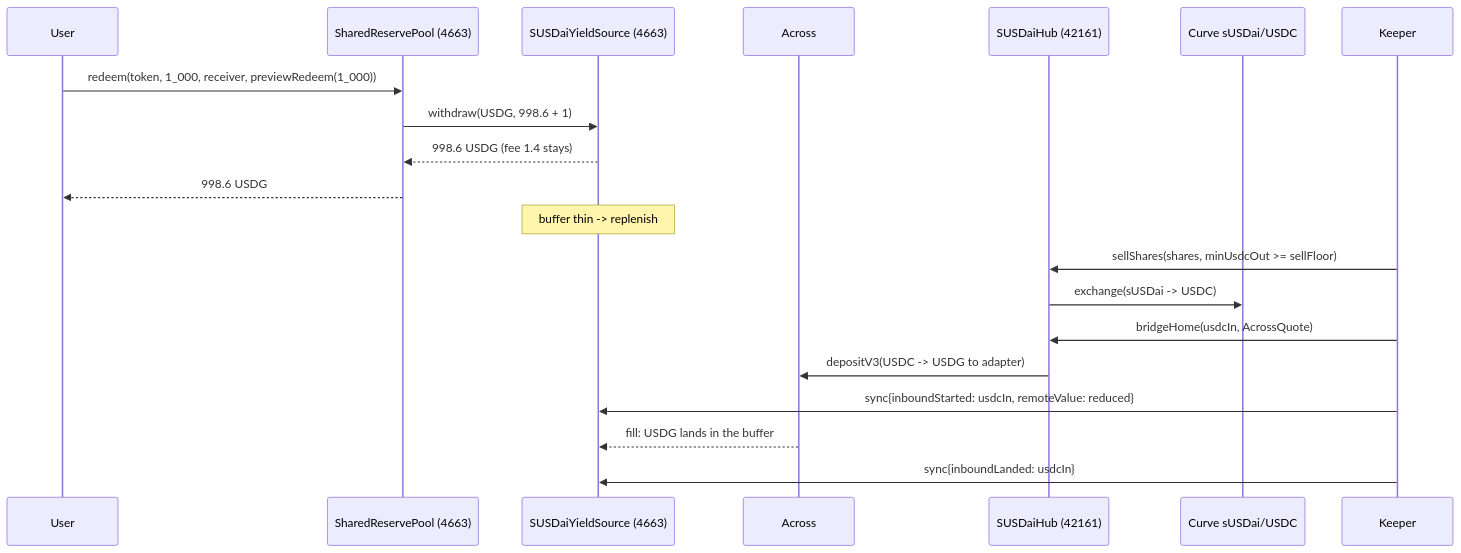
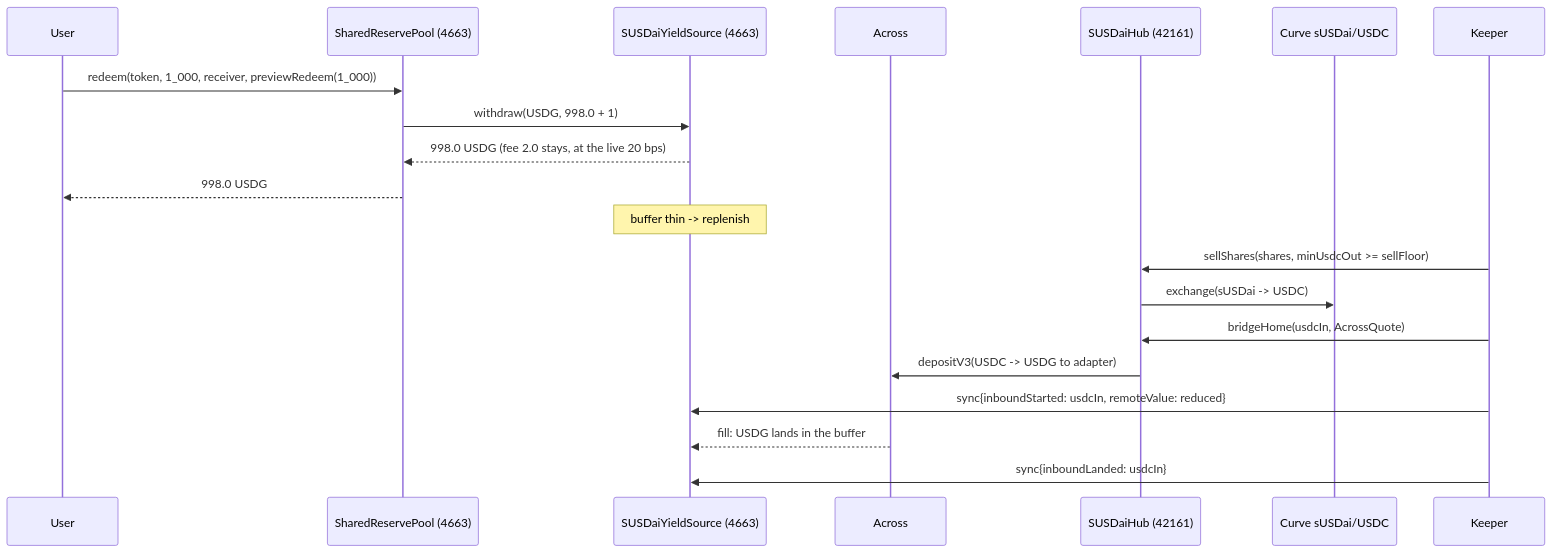
Before and after one commit to velocityResearch/contracts: the second of 2 diagrams in docs/SUSDAI_COLLATERAL.md, drawn with Mermaid. The commit also changed other lines of this file and 25 other files, not shown here.

First line of the commit message:
Correct the documentation for the current architecture

````diff
--- a/docs/SUSDAI_COLLATERAL.md
+++ b/docs/SUSDAI_COLLATERAL.md
@@ -60,22 +85,22 @@
 ```mermaid
 sequenceDiagram
     participant U as User
     participant P as SharedReservePool (4663)
     participant A as SUSDaiYieldSource (4663)
     participant X as Across
     participant H as SUSDaiHub (42161)
     participant C as Curve sUSDai/USDC
     participant K as Keeper
     U->>P: redeem(token, 1_000, receiver, previewRedeem(1_000))
-    P->>A: withdraw(USDG, 998.6 + 1)
-    A-->>P: 998.6 USDG (fee 1.4 stays)
-    P-->>U: 998.6 USDG
+    P->>A: withdraw(USDG, 998.0 + 1)
+    A-->>P: 998.0 USDG (fee 2.0 stays, at the live 20 bps)
+    P-->>U: 998.0 USDG
     Note over A: buffer thin -> replenish
     K->>H: sellShares(shares, minUsdcOut >= sellFloor)
     H->>C: exchange(sUSDai -> USDC)
     K->>H: bridgeHome(usdcIn, AcrossQuote)
     H->>X: depositV3(USDC -> USDG to adapter)
     K->>A: sync{inboundStarted: usdcIn, remoteValue: reduced}
     X-->>A: fill: USDG lands in the buffer
     K->>A: sync{inboundLanded: usdcIn}
 ```
````
